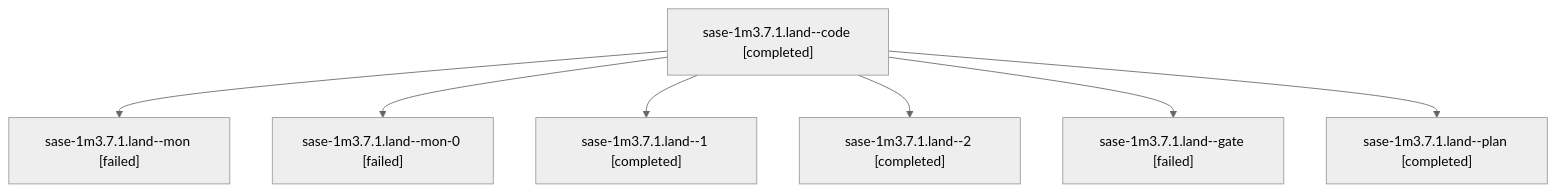
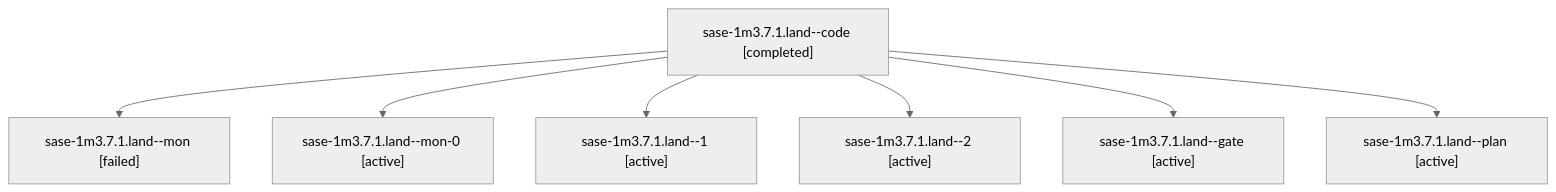
One commit to sase-org/sase--agents changed the diagram in sessions/bbugyi200.apollo.sase-1m3.7.1.land.md. Above: the diagram before and after it, drawn with Mermaid (neutral theme). The commit also changed other lines of this file and 150 other files, not shown here.

````diff
--- a/sessions/bbugyi200.apollo.sase-1m3.7.1.land.md
+++ b/sessions/bbugyi200.apollo.sase-1m3.7.1.land.md
@@ -9,16 +9,16 @@
 ```mermaid
 flowchart TD
   n0["sase-1m3.7.1.land--code [completed]"]
   n1["sase-1m3.7.1.land--mon [failed]"]
   n0 --> n1
-  n2["sase-1m3.7.1.land--mon-0 [failed]"]
+  n2["sase-1m3.7.1.land--mon-0 [active]"]
   n0 --> n2
-  n3["sase-1m3.7.1.land--1 [completed]"]
+  n3["sase-1m3.7.1.land--1 [active]"]
   n0 --> n3
-  n4["sase-1m3.7.1.land--2 [completed]"]
+  n4["sase-1m3.7.1.land--2 [active]"]
   n0 --> n4
-  n5["sase-1m3.7.1.land--gate [failed]"]
+  n5["sase-1m3.7.1.land--gate [active]"]
   n0 --> n5
-  n6["sase-1m3.7.1.land--plan [completed]"]
+  n6["sase-1m3.7.1.land--plan [active]"]
   n0 --> n6
 ```
````
